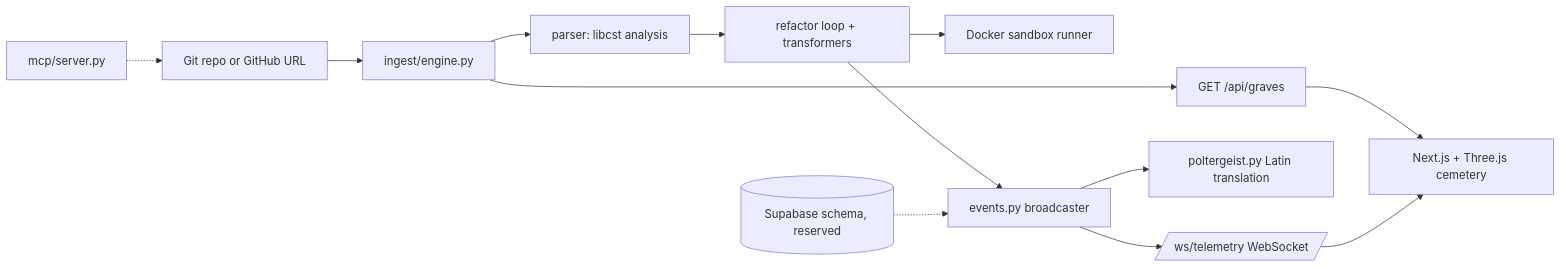
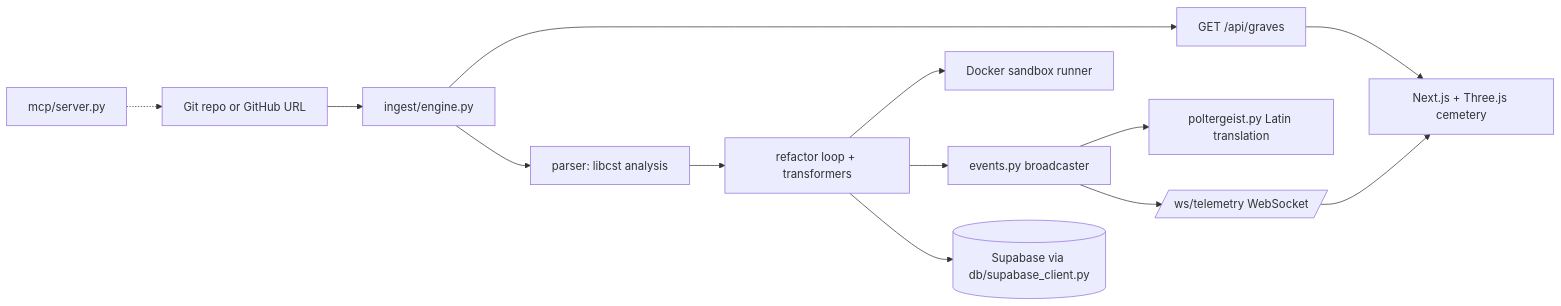
One commit to brysyl/NecroCD changed the diagram in README.md. Above: the diagram before and after it, drawn with Mermaid. The commit also changed other lines of this file and 8 other files, not shown here.

````diff
--- a/README.md
+++ b/README.md
@@ -80,15 +80,15 @@
 ```mermaid
 flowchart LR
     Repo[Git repo or GitHub URL] --> Ingest[ingest/engine.py]
     Ingest --> Graves[GET /api/graves]
     Ingest --> AST[parser: libcst analysis]
     AST --> Loop[refactor loop + transformers]
     Loop --> Sandbox[Docker sandbox runner]
     Loop --> Events[events.py broadcaster]
     Events --> Poltergeist[poltergeist.py Latin translation]
     Events --> WS[/ws/telemetry WebSocket/]
     Graves --> UI
     WS --> UI[Next.js + Three.js cemetery]
     MCP[mcp/server.py] -.-> Repo
-    DB[(Supabase schema, reserved)] -.-> Events
+    Loop --> DB[(Supabase via db/supabase_client.py)]
 ```
````
